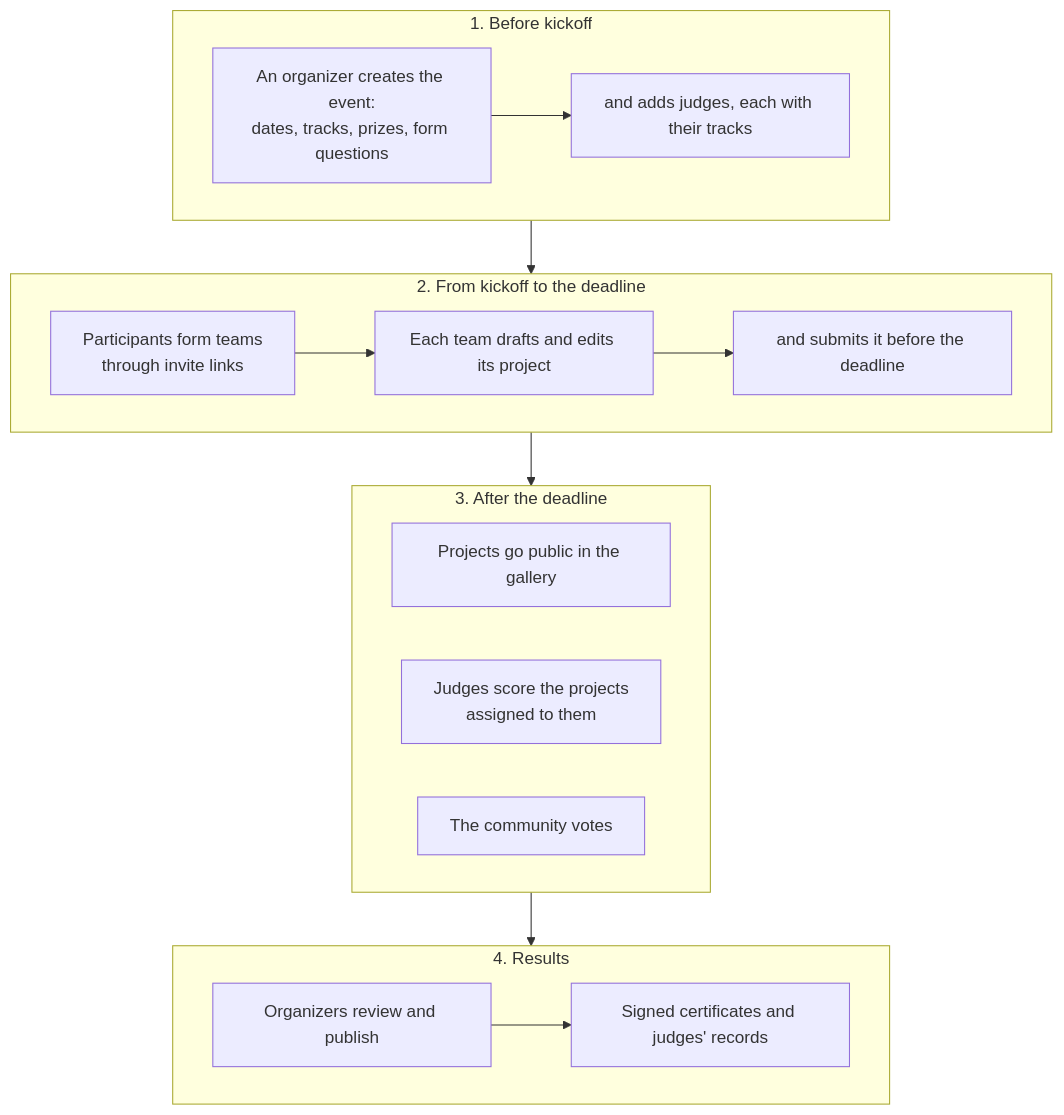
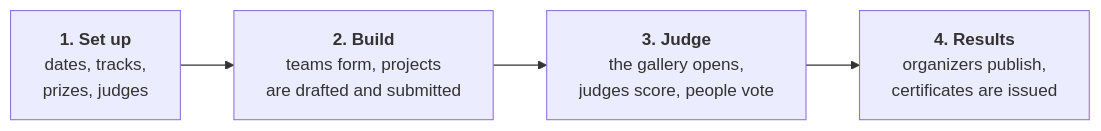
One commit to manusingh090/Shipshape changed the diagram in README.md. Above: the diagram before and after it, drawn with Mermaid. The commit also changed other lines of this file and 2 other files, not shown here.

Commit message:
Update files: shorter README, compact diagrams

````diff
--- a/README.md
+++ b/README.md
@@ -54,25 +46,6 @@
 ```mermaid
-flowchart TB
-    subgraph before["1. Before kickoff"]
-        create["An organizer creates the event:<br/>dates, tracks, prizes, form questions"]
-        invite["and adds judges, each with their tracks"]
-        create --> invite
-    end
-    subgraph during["2. From kickoff to the deadline"]
-        teams["Participants form teams<br/>through invite links"]
-        draft["Each team drafts and edits its project"]
-        submit["and submits it before the deadline"]
-        teams --> draft --> submit
-    end
-    subgraph after["3. After the deadline"]
-        gallery["Projects go public in the gallery"]
-        judge["Judges score the projects<br/>assigned to them"]
-        vote["The community votes"]
-    end
-    subgraph results["4. Results"]
-        publish["Organizers review and publish"]
-        certs["Signed certificates and judges' records"]
-        publish --> certs
-    end
-    before --> during --> after --> results
+flowchart LR
+    setup["<b>1. Set up</b><br/>dates, tracks,<br/>prizes, judges"] --> build["<b>2. Build</b><br/>teams form, projects<br/>are drafted and submitted"]
+    build --> judge["<b>3. Judge</b><br/>the gallery opens,<br/>judges score, people vote"]
+    judge --> results["<b>4. Results</b><br/>organizers publish,<br/>certificates are issued"]
 ```
````
